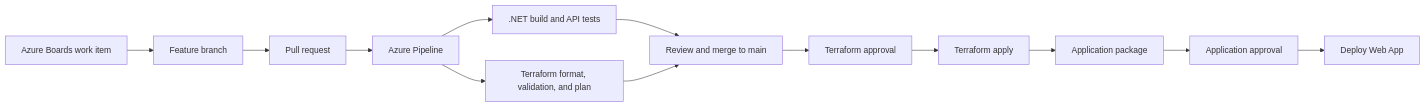
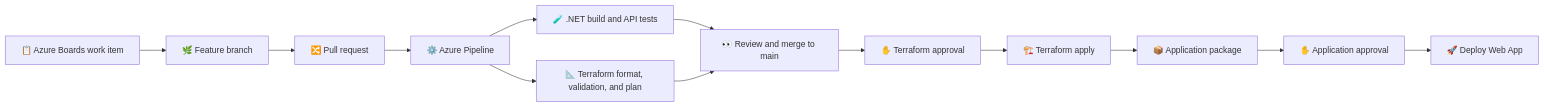
The diagram in README.md (R-Cipher/azure-devops-lab), drawn with Mermaid before and after one commit. The commit also changed other lines of this file, not shown here.

````diff
--- a/README.md
+++ b/README.md
@@ -17,15 +21,15 @@
 ```mermaid
 flowchart LR
-    A["Azure Boards work item"] --> B["Feature branch"]
-    B --> C["Pull request"]
-    C --> D["Azure Pipeline"]
-    D --> E[".NET build and API tests"]
-    D --> F["Terraform format, validation, and plan"]
-    E --> G["Review and merge to main"]
+    A["📋 Azure Boards work item"] --> B["🌿 Feature branch"]
+    B --> C["🔀 Pull request"]
+    C --> D["⚙️ Azure Pipeline"]
+    D --> E["🧪 .NET build and API tests"]
+    D --> F["📐 Terraform format, validation, and plan"]
+    E --> G["👀 Review and merge to main"]
     F --> G
-    G --> H["Terraform approval"]
-    H --> I["Terraform apply"]
-    I --> J["Application package"]
-    J --> K["Application approval"]
-    K --> L["Deploy Web App"]
+    G --> H["✋ Terraform approval"]
+    H --> I["🏗️ Terraform apply"]
+    I --> J["📦 Application package"]
+    J --> K["✋ Application approval"]
+    K --> L["🚀 Deploy Web App"]
 ```
````
